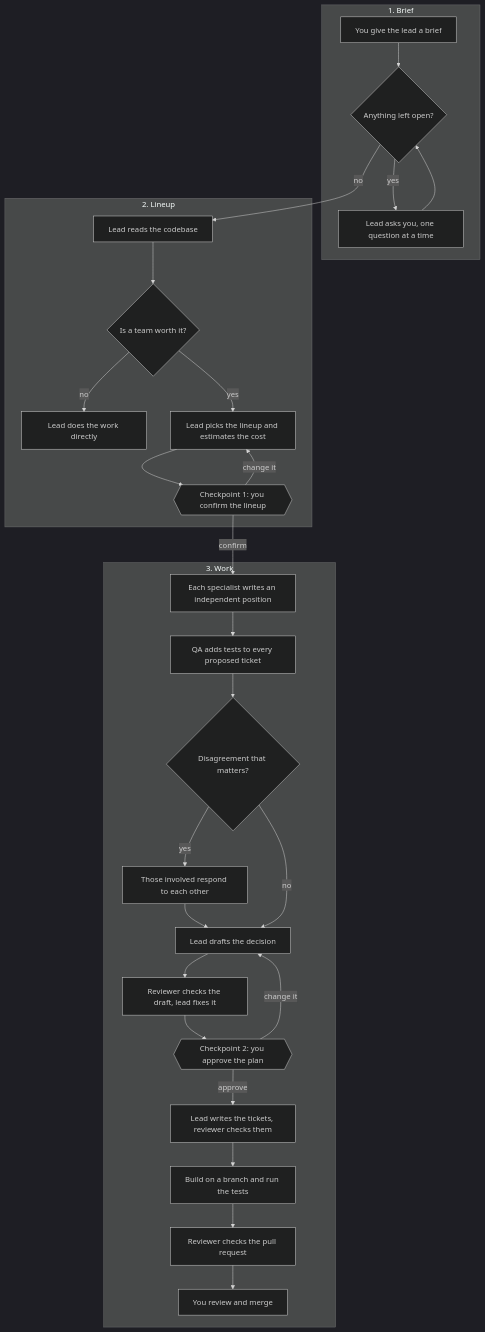
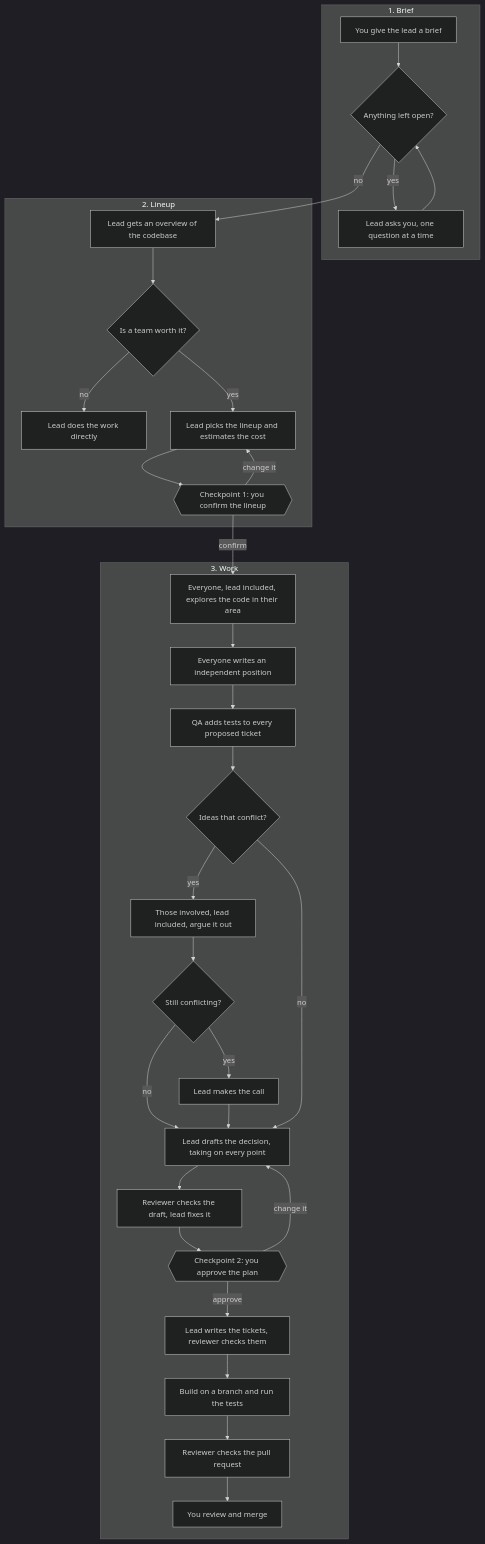
Before and after one commit to SamNewhouse/engineering-team: the diagram in README.md, drawn with Mermaid (dark theme). The commit also changed other lines of this file and 3 other files, not shown here.

Commit message:
docs: make the lead a debating team member and have the team explore the code

````diff
--- a/README.md
+++ b/README.md
@@ -11,34 +13,38 @@
 ```mermaid
 flowchart TD
     subgraph P1["1. Brief"]
         A["You give the lead a brief"] --> B{"Anything left open?"}
         B -- "yes" --> C["Lead asks you, one question at a time"]
         C --> B
     end
 
     subgraph P2["2. Lineup"]
-        D["Lead reads the codebase"] --> E{"Is a team worth it?"}
+        D["Lead gets an overview of the codebase"] --> E{"Is a team worth it?"}
         E -- "no" --> F["Lead does the work directly"]
         E -- "yes" --> G["Lead picks the lineup and estimates the cost"]
         G --> H{{"Checkpoint 1: you confirm the lineup"}}
         H -- "change it" --> G
     end
 
     subgraph P3["3. Work"]
-        I["Each specialist writes an independent position"] --> J["QA adds tests to every proposed ticket"]
-        J --> K{"Disagreement that matters?"}
-        K -- "yes" --> L["Those involved respond to each other"]
-        L --> M["Lead drafts the decision"]
+        I["Everyone, lead included, explores the code in their area"] --> I2["Everyone writes an independent position"]
+        I2 --> J["QA adds tests to every proposed ticket"]
+        J --> K{"Ideas that conflict?"}
+        K -- "yes" --> L["Those involved, lead included, argue it out"]
+        L --> L2{"Still conflicting?"}
+        L2 -- "yes" --> L3["Lead makes the call"]
+        L2 -- "no" --> M
+        L3 --> M["Lead drafts the decision, taking on every point"]
         K -- "no" --> M
         M --> N["Reviewer checks the draft, lead fixes it"]
         N --> O{{"Checkpoint 2: you approve the plan"}}
         O -- "change it" --> M
         O -- "approve" --> Q["Lead writes the tickets, reviewer checks them"]
         Q --> R["Build on a branch and run the tests"]
         R --> S["Reviewer checks the pull request"]
         S --> T["You review and merge"]
     end
 
     B -- "no" --> D
     H -- "confirm" --> I
 ```
````
